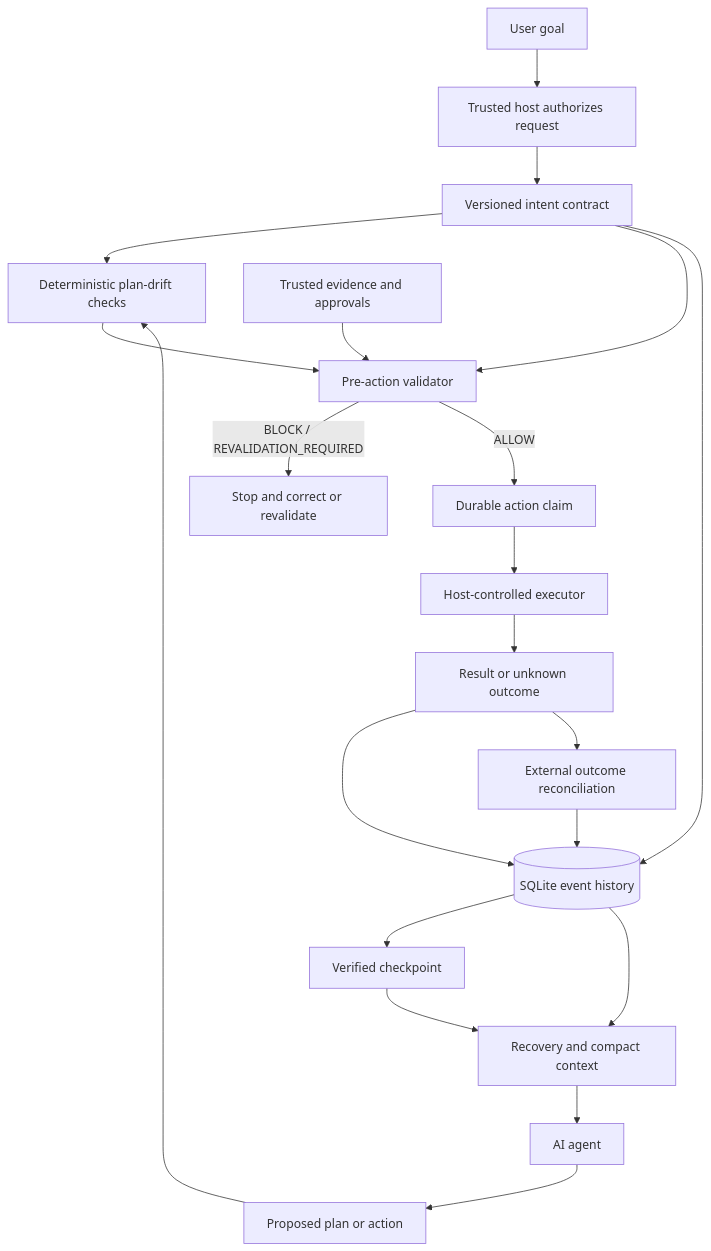
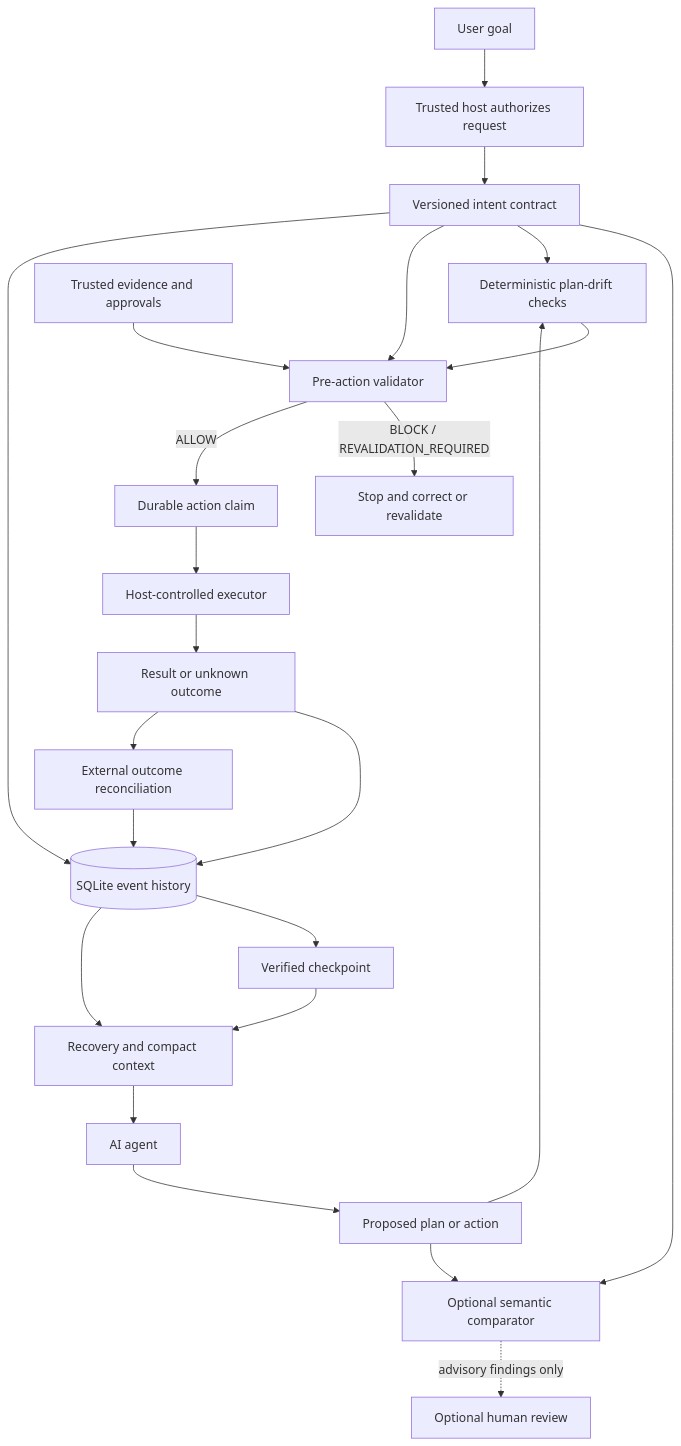
The diagram in README.md (rumman52/Long-Running), drawn with Mermaid before and after one commit. The commit also changed other lines of this file and 10 other files, not shown here.

```diff
--- a/README.md
+++ b/README.md
@@ -54,23 +55,26 @@
 ~~~mermaid
 flowchart TD
     U[User goal] --> H[Trusted host authorizes request]
     H --> C[Versioned intent contract]
     A[AI agent] --> P[Proposed plan or action]
+    C --> SM[Optional semantic comparator]
+    P --> SM
+    SM -. advisory findings only .-> HR[Optional human review]
     C --> D[Deterministic plan-drift checks]
     P --> D
     D --> V[Pre-action validator]
     C --> V
     E[Trusted evidence and approvals] --> V
     V -->|BLOCK / REVALIDATION_REQUIRED| S[Stop and correct or revalidate]
     V -->|ALLOW| K[Durable action claim]
     K --> X[Host-controlled executor]
     X --> O[Result or unknown outcome]
     O --> L[(SQLite event history)]
     C --> L
     L --> CP[Verified checkpoint]
     CP --> R[Recovery and compact context]
     L --> R
     R --> A
     O --> RC[External outcome reconciliation]
     RC --> L
 ~~~
```
